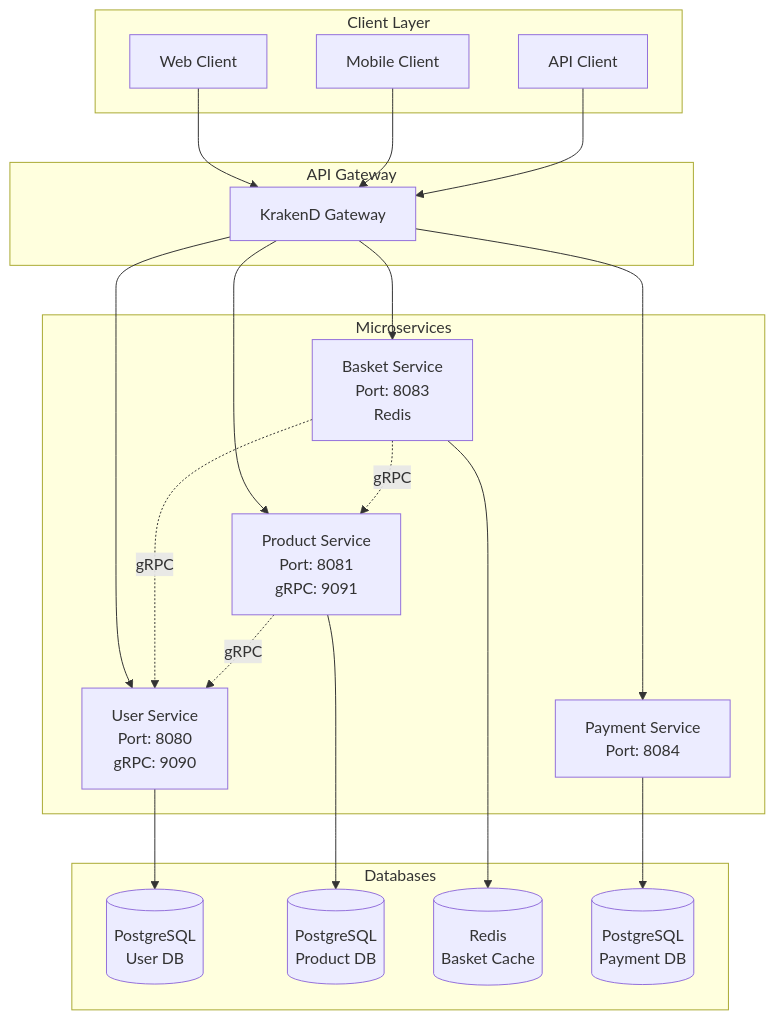
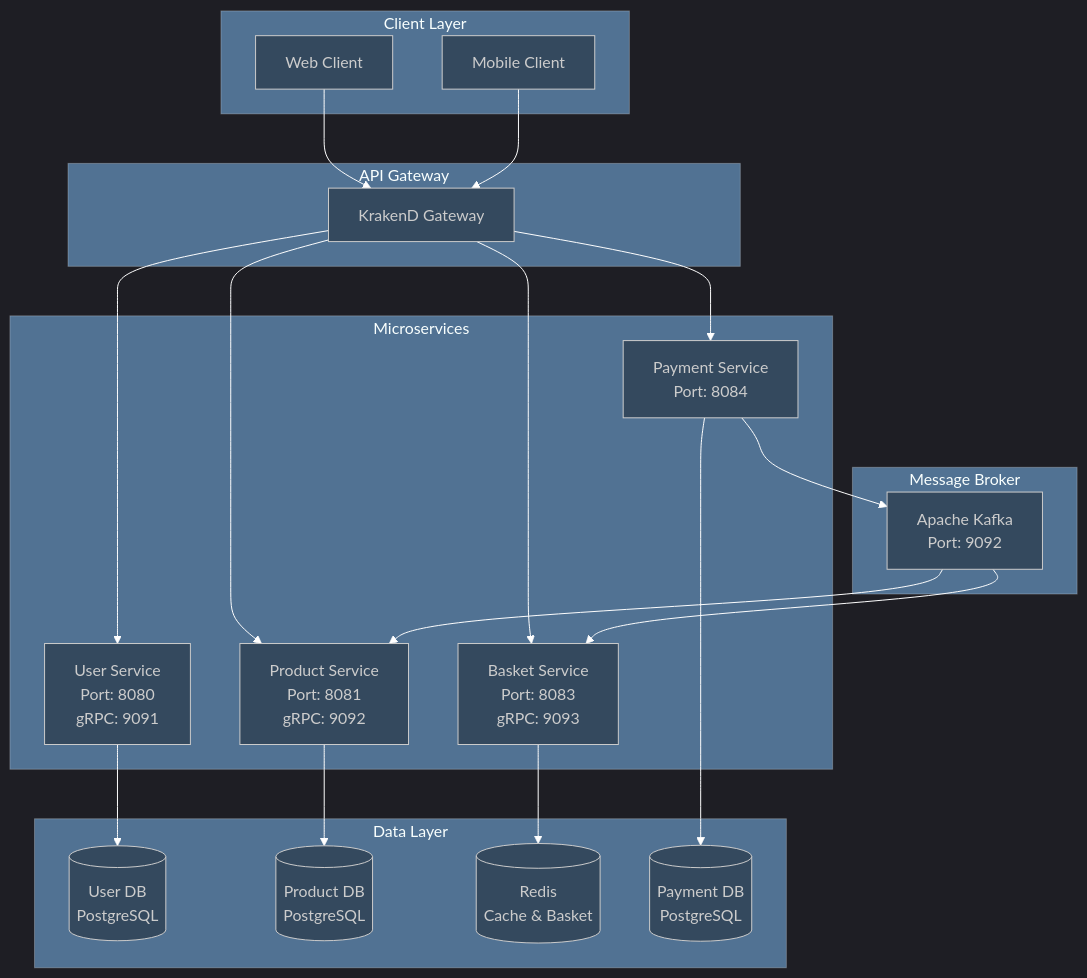
One commit to ozturkeniss/ddd-micro changed the first of 11 diagrams in README.md. Above: the diagram before and after it, drawn with Mermaid. The commit also changed other lines of this file, not shown here.

First line of the commit message:
Enhance README with comprehensive architecture overview and service communication flow

````diff
--- a/README.md
+++ b/README.md
@@ -5,44 +7,47 @@
 ```mermaid
+%%{init: {'theme':'dark', 'themeVariables': { 'primaryColor': '#ff6b6b', 'primaryTextColor': '#ffffff', 'primaryBorderColor': '#ff6b6b', 'lineColor': '#ffffff', 'secondaryColor': '#4ecdc4', 'tertiaryColor': '#45b7d1', 'background': '#2c3e50', 'mainBkg': '#34495e', 'secondBkg': '#2c3e50', 'tertiaryBkg': '#34495e'}}}%%
 graph TB
     subgraph "Client Layer"
         WEB[Web Client]
         MOBILE[Mobile Client]
-        API_CLIENT[API Client]
     end
     
     subgraph "API Gateway"
         KRAKEND[KrakenD Gateway]
     end
     
     subgraph "Microservices"
-        USER_SERVICE[User Service<br/>Port: 8080<br/>gRPC: 9090]
-        PRODUCT_SERVICE[Product Service<br/>Port: 8081<br/>gRPC: 9091]
-        BASKET_SERVICE[Basket Service<br/>Port: 8083<br/>Redis]
-        PAYMENT_SERVICE[Payment Service<br/>Port: 8084]
+        USER[User Service<br/>Port: 8080<br/>gRPC: 9091]
+        PRODUCT[Product Service<br/>Port: 8081<br/>gRPC: 9092]
+        BASKET[Basket Service<br/>Port: 8083<br/>gRPC: 9093]
+        PAYMENT[Payment Service<br/>Port: 8084]
     end
     
-    subgraph "Databases"
-        POSTGRES_USER[(PostgreSQL<br/>User DB)]
-        POSTGRES_PRODUCT[(PostgreSQL<br/>Product DB)]
-        REDIS[(Redis<br/>Basket Cache)]
-        POSTGRES_PAYMENT[(PostgreSQL<br/>Payment DB)]
+    subgraph "Message Broker"
+        KAFKA[Apache Kafka<br/>Port: 9092]
+    end
+    
+    subgraph "Data Layer"
+        USER_DB[(User DB<br/>PostgreSQL)]
+        PRODUCT_DB[(Product DB<br/>PostgreSQL)]
+        REDIS[(Redis<br/>Cache & Basket)]
+        PAYMENT_DB[(Payment DB<br/>PostgreSQL)]
     end
     
     WEB --> KRAKEND
     MOBILE --> KRAKEND
-    API_CLIENT --> KRAKEND
     
-    KRAKEND --> USER_SERVICE
-    KRAKEND --> PRODUCT_SERVICE
-    KRAKEND --> BASKET_SERVICE
-    KRAKEND --> PAYMENT_SERVICE
+    KRAKEND --> USER
+    KRAKEND --> PRODUCT
+    KRAKEND --> BASKET
+    KRAKEND --> PAYMENT
     
-    USER_SERVICE --> POSTGRES_USER
-    PRODUCT_SERVICE --> POSTGRES_PRODUCT
-    BASKET_SERVICE --> REDIS
-    PAYMENT_SERVICE --> POSTGRES_PAYMENT
+    PAYMENT --> KAFKA
+    KAFKA --> BASKET
+    KAFKA --> PRODUCT
     
-    BASKET_SERVICE -.->|gRPC| USER_SERVICE
-    BASKET_SERVICE -.->|gRPC| PRODUCT_SERVICE
-    PRODUCT_SERVICE -.->|gRPC| USER_SERVICE
+    USER --> USER_DB
+    PRODUCT --> PRODUCT_DB
+    BASKET --> REDIS
+    PAYMENT --> PAYMENT_DB
 ```
````
